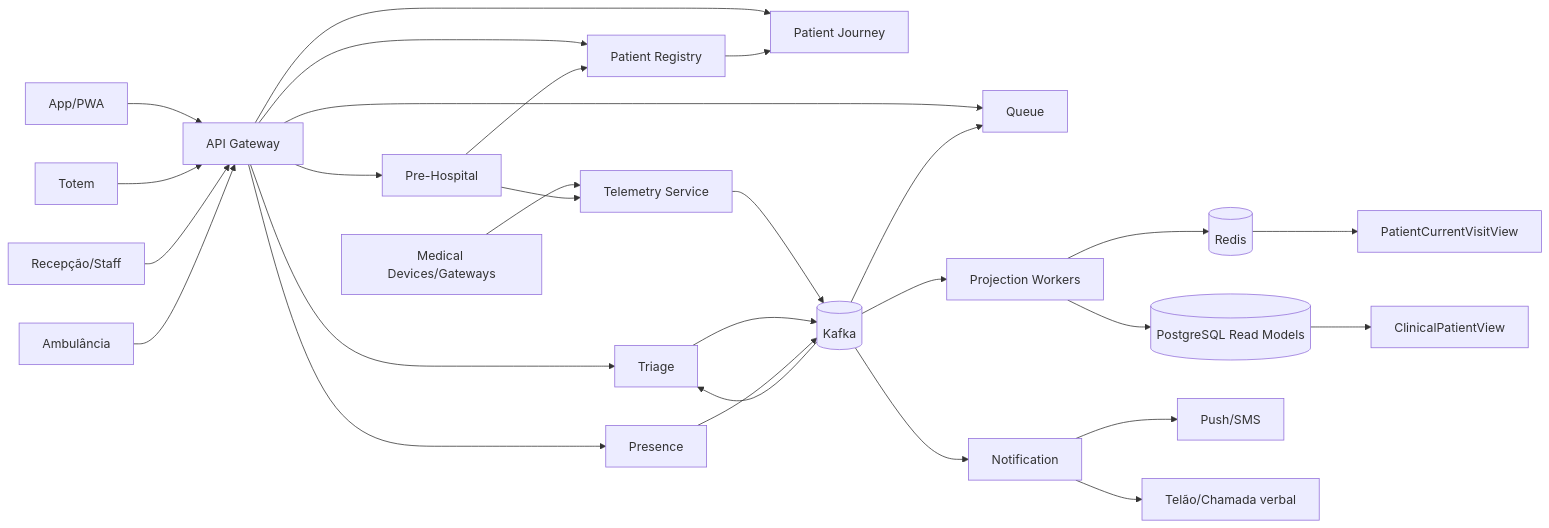
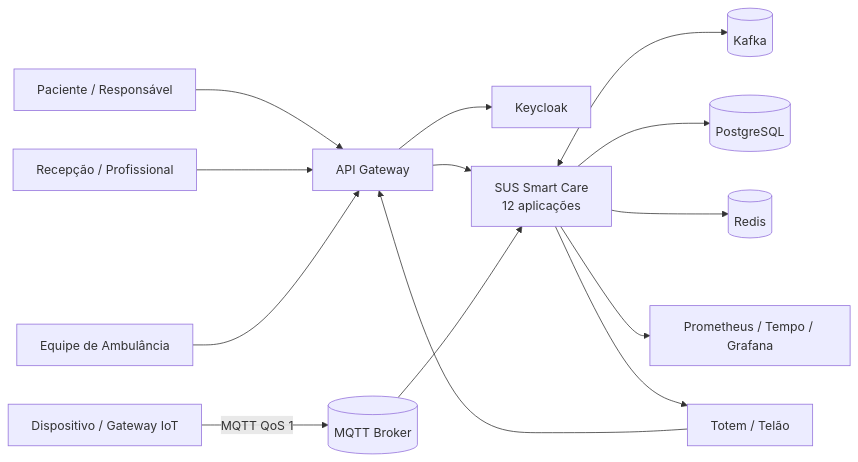
The diagram in architecture/diagrams/system-context.mmd (RafaelPinheiroCosta/sus-smart-care), drawn with Mermaid before and after one commit. The commit also changed 46 other files, not shown here.

```diff
--- a/architecture/diagrams/system-context.mmd
+++ b/architecture/diagrams/system-context.mmd
@@ -1,32 +1,32 @@
 flowchart LR
-  APP[App/PWA] --> GW[API Gateway]
-  TOTEM[Totem] --> GW
-  STAFF[Recepção/Staff] --> GW
-  AMB[Ambulância] --> GW
-  DEV[Medical Devices/Gateways] --> TEL[Telemetry Service]
+  PAT[Paciente / Responsável]
+  STAFF[Recepção / Profissional]
+  KIOSK[Totem / Telão]
+  AMB[Equipe de Ambulância]
+  DEV[Dispositivo / Gateway IoT]
+  KC[Keycloak]
+  MQTT[(MQTT Broker)]
 
-  GW --> PR[Patient Registry]
-  GW --> PJ[Patient Journey]
-  GW --> TRI[Triage]
-  GW --> Q[Queue]
-  GW --> PRES[Presence]
-  GW --> PRE[Pre-Hospital]
+  GW[API Gateway]
+  CORE[SUS Smart Care\n12 aplicações]
+  K[(Kafka)]
+  PG[(PostgreSQL)]
+  REDIS[(Redis)]
+  OBS[Prometheus / Tempo / Grafana]
 
-  PR --> PJ
-  PRE --> PR
-  PRE --> TEL
-  TEL --> K[(Kafka)]
-  K --> TRI
-  TRI --> K
-  K --> Q
-  PRES --> K
-  K --> NOTIF[Notification]
-  K --> PROJ[Projection Workers]
-  PROJ --> REDIS[(Redis)]
-  PROJ --> READ[(PostgreSQL Read Models)]
+  PAT --> GW
+  STAFF --> GW
+  KIOSK --> GW
+  AMB --> GW
+  GW --> CORE
+  GW --> KC
 
-  NOTIF --> PUSH[Push/SMS]
-  NOTIF --> DISPLAY[Telão/Chamada verbal]
+  DEV -->|MQTT QoS 1| MQTT
+  MQTT --> CORE
 
-  READ --> CLINICAL[ClinicalPatientView]
-  REDIS --> PATVIEW[PatientCurrentVisitView]
+  CORE <--> K
+  CORE --> PG
+  CORE --> REDIS
+  CORE --> OBS
+
+  CORE --> KIOSK
```
